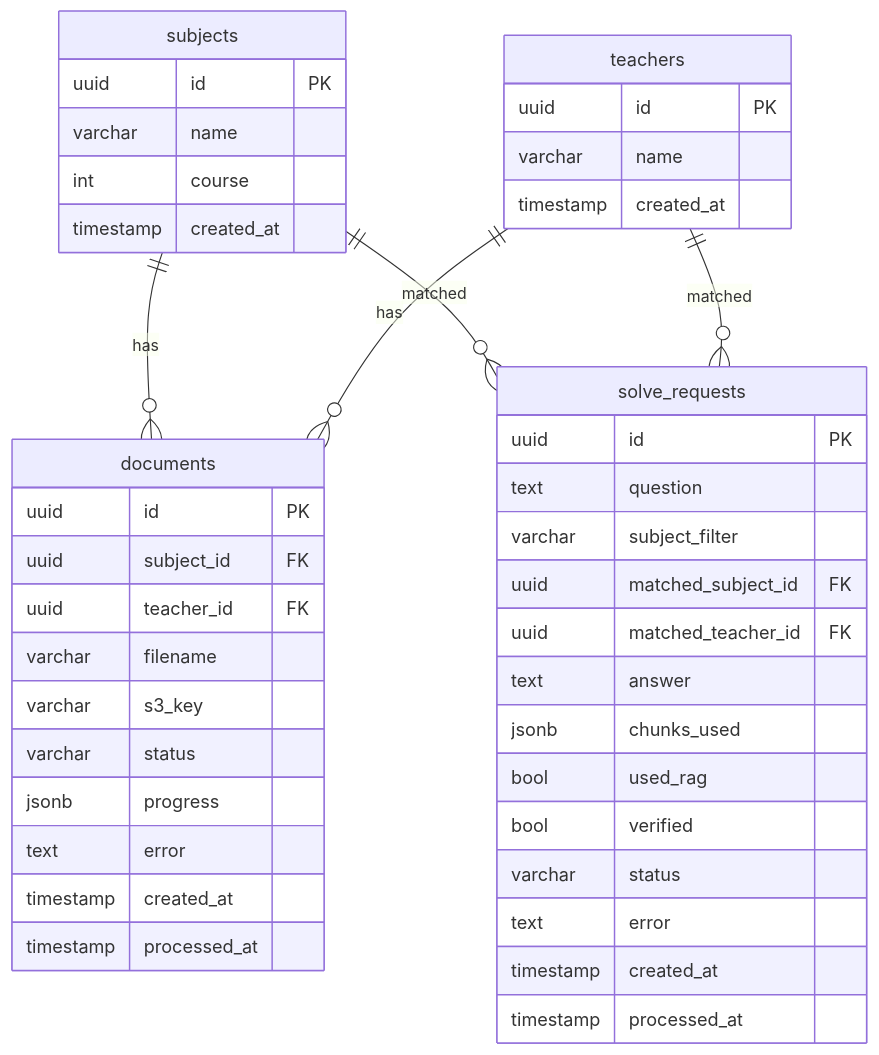
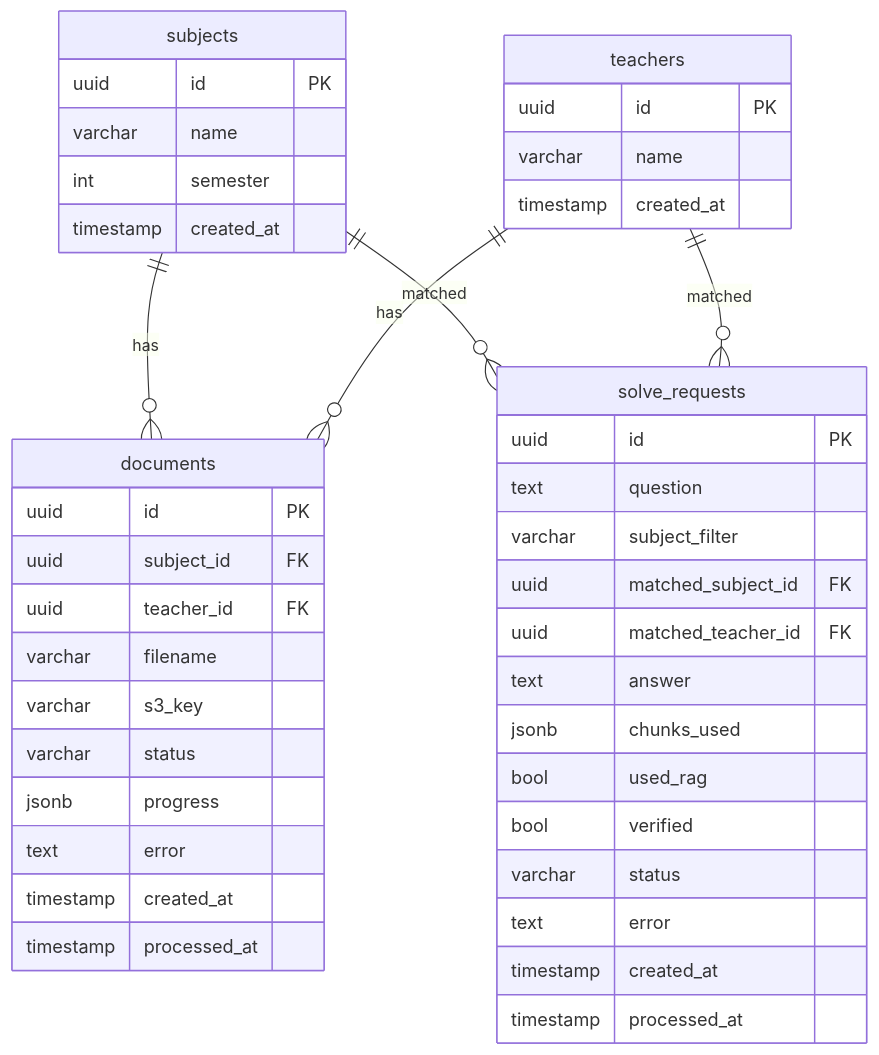
One commit to ErikRusanov/Euler-RAG changed the fourth of 4 diagrams in docs/architecture.md. Above: the diagram before and after it, drawn with Mermaid. The commit also changed 8 other files, not shown here.

````diff
--- a/docs/architecture.md
+++ b/docs/architecture.md
@@ -149,49 +149,49 @@
 ```mermaid
 erDiagram
     subjects {
         uuid id PK
         varchar name
-        int course
+        int semester
         timestamp created_at
     }
 
     teachers {
         uuid id PK
         varchar name
         timestamp created_at
     }
 
     documents {
         uuid id PK
         uuid subject_id FK
         uuid teacher_id FK
         varchar filename
         varchar s3_key
         varchar status
         jsonb progress
         text error
         timestamp created_at
         timestamp processed_at
     }
 
     solve_requests {
         uuid id PK
         text question
         varchar subject_filter
         uuid matched_subject_id FK
         uuid matched_teacher_id FK
         text answer
         jsonb chunks_used
         bool used_rag
         bool verified
         varchar status
         text error
         timestamp created_at
         timestamp processed_at
     }
 
     subjects ||--o{ documents : "has"
     teachers ||--o{ documents : "has"
     subjects ||--o{ solve_requests : "matched"
     teachers ||--o{ solve_requests : "matched"
 ```
````
